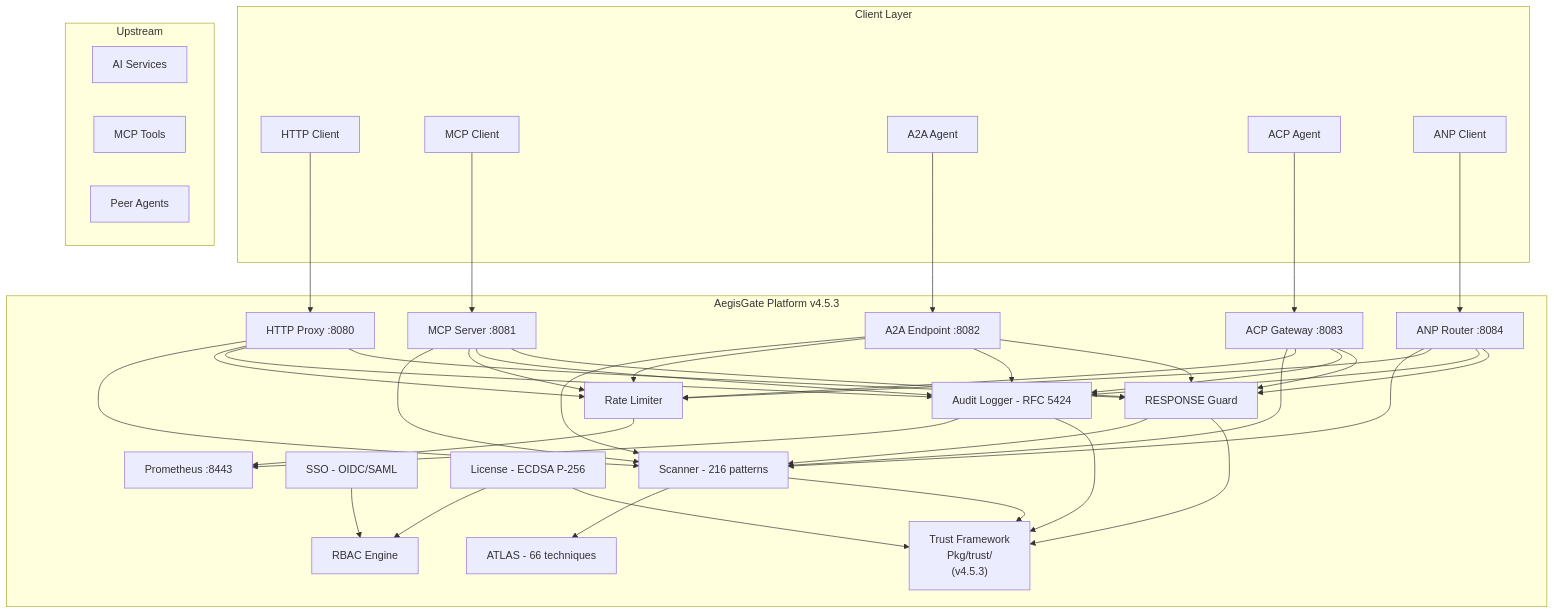
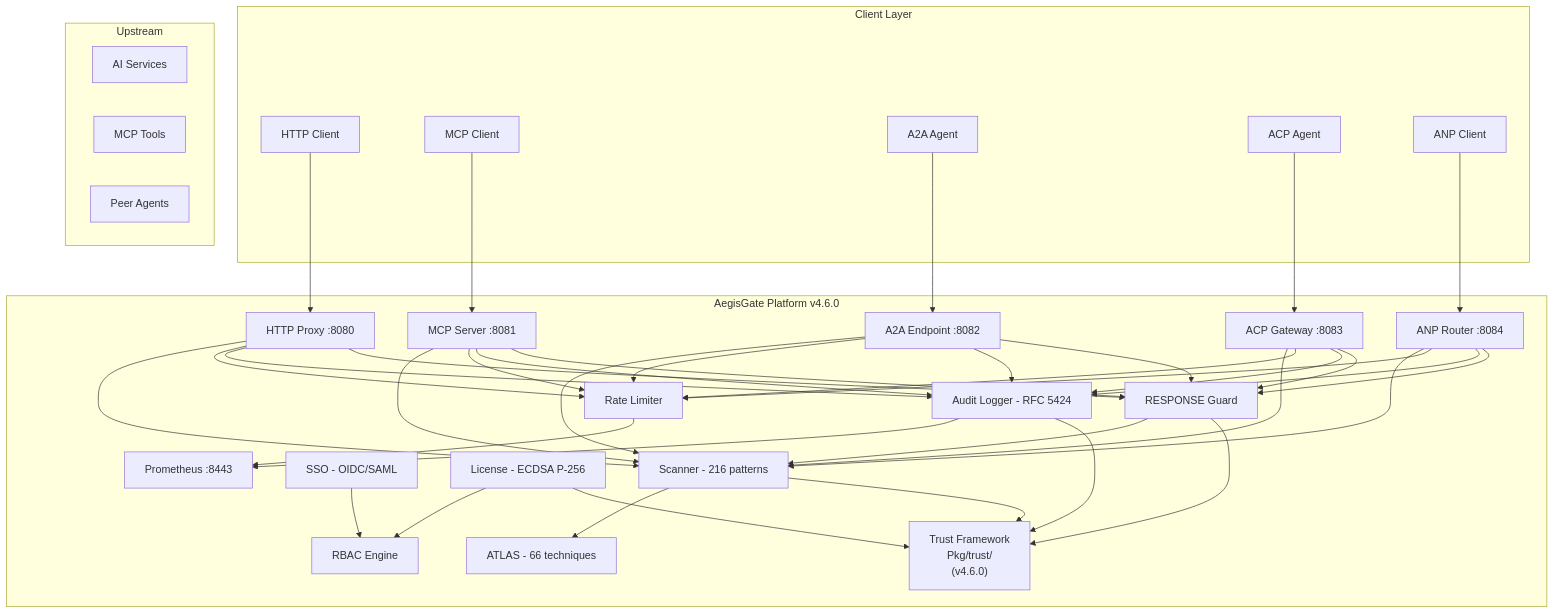
The diagram in content/tech.md (aegisgatesecurity/aegisgate-site), drawn with Mermaid before and after one commit. The commit also changed other lines of this file and 16 other files, not shown here.

```diff
--- a/content/tech.md
+++ b/content/tech.md
@@ -12,61 +12,61 @@
 {{< mermaid >}}
 flowchart TB
     subgraph Client["Client Layer"]
         A["HTTP Client"]
         B["MCP Client"]
         C["A2A Agent"]
         D["ACP Agent"]
         E["ANP Client"]
     end
 
-    subgraph AegisGate["AegisGate Platform v4.5.3"]
+    subgraph AegisGate["AegisGate Platform v4.6.0"]
         G["HTTP Proxy :8080"]
         H["MCP Server :8081"]
         I["A2A Endpoint :8082"]
         J["ACP Gateway :8083"]
         K["ANP Router :8084"]
         L["RESPONSE Guard"]
-        TR["Trust Framework\nPkg/trust/\n(v4.5.3)"]
+        TR["Trust Framework\nPkg/trust/\n(v4.6.0)"]
 
         M["Scanner - 216 patterns"]
         N["ATLAS - 66 techniques"]
         O["Rate Limiter"]
         P["Audit Logger - RFC 5424"]
 
         Q["SSO - OIDC/SAML"]
         R["RBAC Engine"]
         S["License - ECDSA P-256"]
 
         T["Prometheus :8443"]
     end
 
     subgraph Upstream["Upstream"]
         U["AI Services"]
         V["MCP Tools"]
         W["Peer Agents"]
     end
 
     A --> G
     B --> H
     C --> I
     D --> J
     E --> K
 
     G --> M & O & P & L
     H --> M & O & P & L
     I --> M & O & P & L
     J --> M & O & P & L
     K --> M & O & P & L
 
     M --> N
     L --> M
     O --> T
     P --> T
     Q --> R
     S --> R
 
     M --> TR
     L --> TR
     P --> TR
     S --> TR
 {{< /mermaid >}}
```
